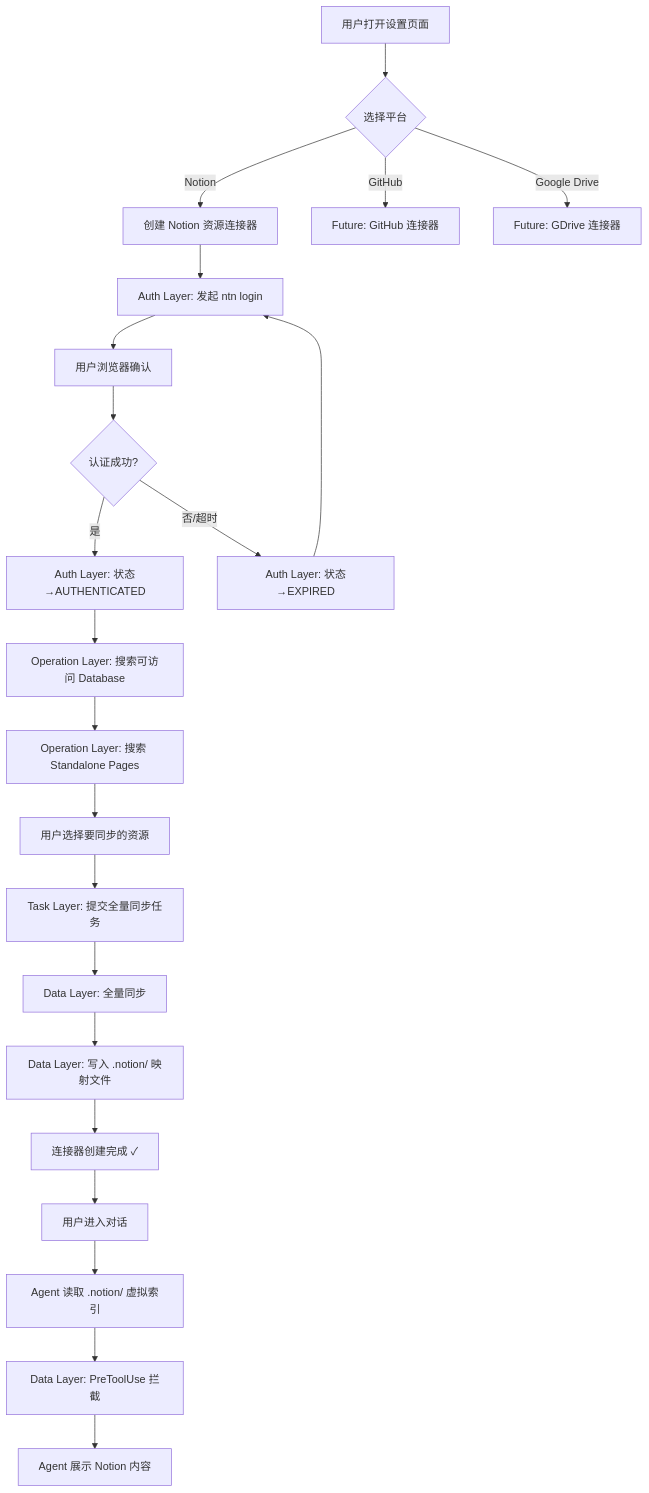
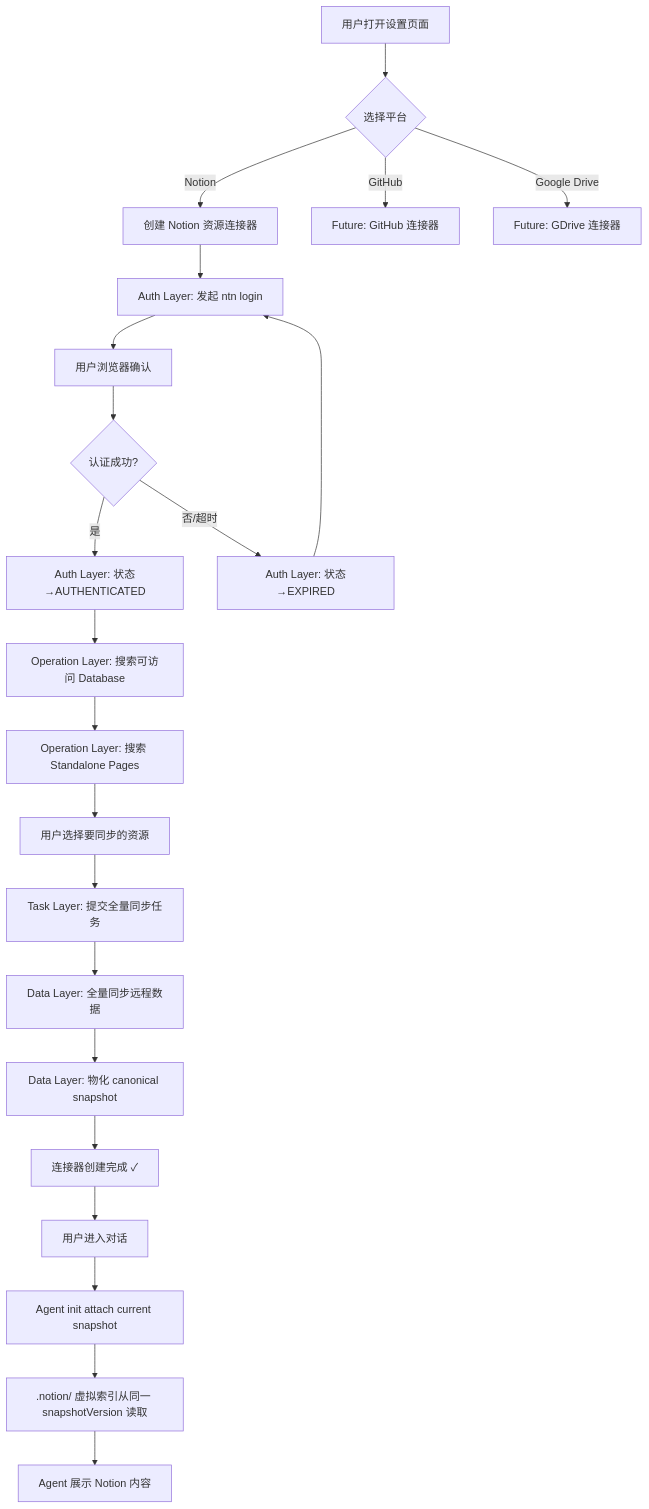
Before and after one commit to glide-the/im-dream: the first of 18 diagrams in docs/design/claude-agent/notion-point/resource-connector-flowcharts.md, drawn with Mermaid. The commit also changed other lines of this file and 16 other files, not shown here.

First line of the commit message:
feat(notion): implement canonical snapshot and resource connector integration

````diff
--- a/docs/design/claude-agent/notion-point/resource-connector-flowcharts.md
+++ b/docs/design/claude-agent/notion-point/resource-connector-flowcharts.md
@@ -34,27 +35,27 @@
 ```mermaid
 flowchart TD
     A[用户打开设置页面] --> B{选择平台}
     B -->|Notion| C[创建 Notion 资源连接器]
     B -->|GitHub| Z1[Future: GitHub 连接器]
     B -->|Google Drive| Z2[Future: GDrive 连接器]
 
     C --> D[Auth Layer: 发起 ntn login]
     D --> E[用户浏览器确认]
     E --> F{认证成功?}
     F -->|是| G[Auth Layer: 状态→AUTHENTICATED]
     F -->|否/超时| H[Auth Layer: 状态→EXPIRED]
     H --> D
 
     G --> I[Operation Layer: 搜索可访问 Database]
     I --> J[Operation Layer: 搜索 Standalone Pages]
     J --> K[用户选择要同步的资源]
     K --> L[Task Layer: 提交全量同步任务]
-    L --> M[Data Layer: 全量同步]
-    M --> N[Data Layer: 写入 .notion/ 映射文件]
+    L --> M[Data Layer: 全量同步远程数据]
+    M --> N[Data Layer: 物化 canonical snapshot]
     N --> O[连接器创建完成 ✓]
 
     O --> P[用户进入对话]
-    P --> Q[Agent 读取 .notion/ 虚拟索引]
-    Q --> R[Data Layer: PreToolUse 拦截]
+    P --> Q[Agent init attach current snapshot]
+    Q --> R[.notion/ 虚拟索引从同一 snapshotVersion 读取]
     R --> S[Agent 展示 Notion 内容]
 ```
````
